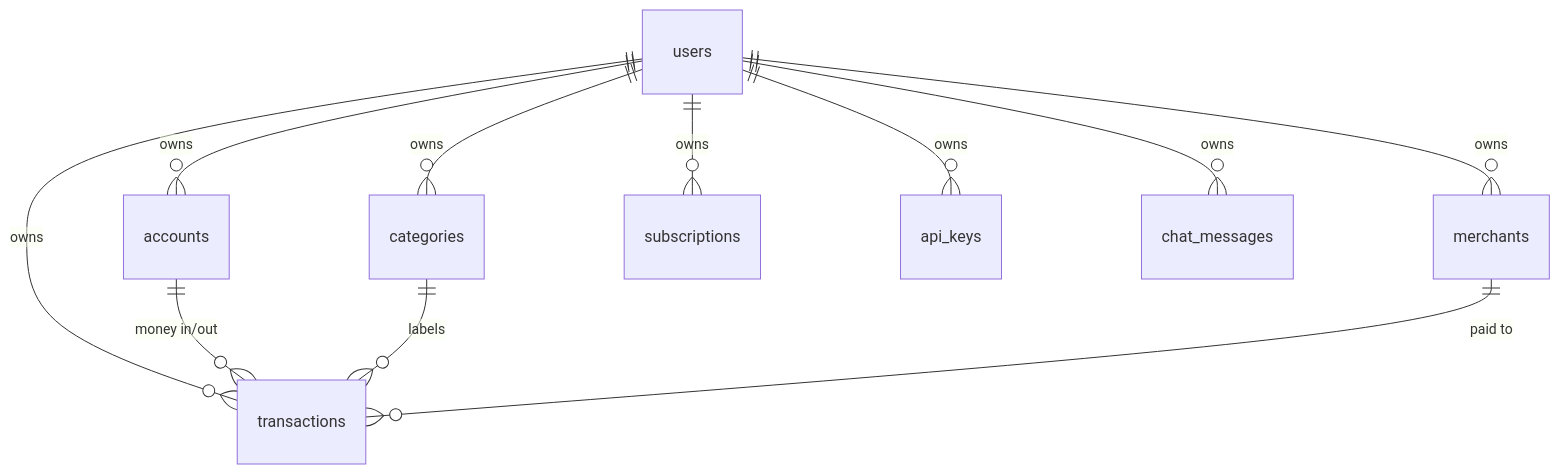
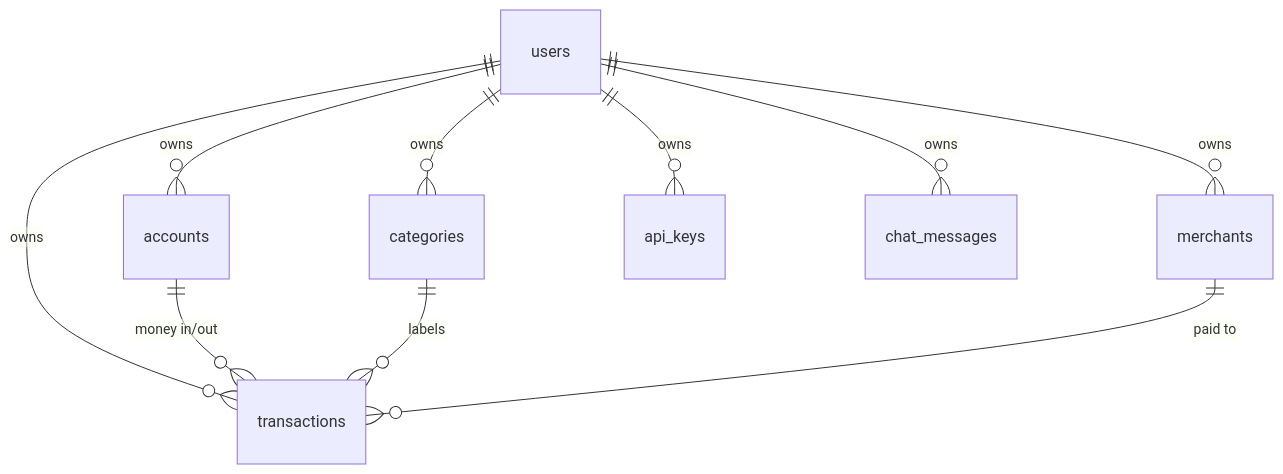
Before and after one commit to FissionLife/ExpenceTracker: the first of 3 diagrams in docs/TECH_QA.md, drawn with Mermaid. The commit also changed other lines of this file and 14 other files, not shown here.

First line of the commit message:
Show the agent flow live; explain flow, database and startup; drop dead code

````diff
--- a/docs/TECH_QA.md
+++ b/docs/TECH_QA.md
@@ -31,13 +31,12 @@
 ```mermaid
 erDiagram
     users ||--o{ accounts : owns
     users ||--o{ categories : owns
     users ||--o{ merchants : owns
-    users ||--o{ subscriptions : owns
     users ||--o{ transactions : owns
     users ||--o{ api_keys : owns
     users ||--o{ chat_messages : owns
     accounts ||--o{ transactions : "money in/out"
     categories ||--o{ transactions : labels
     merchants ||--o{ transactions : "paid to"
 ```
````
